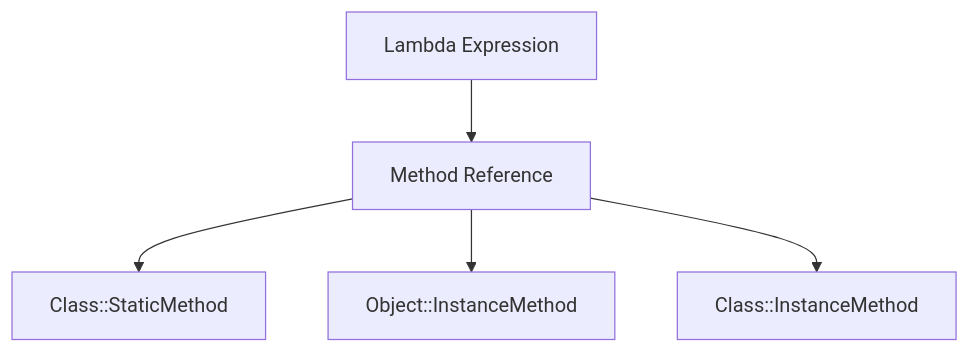
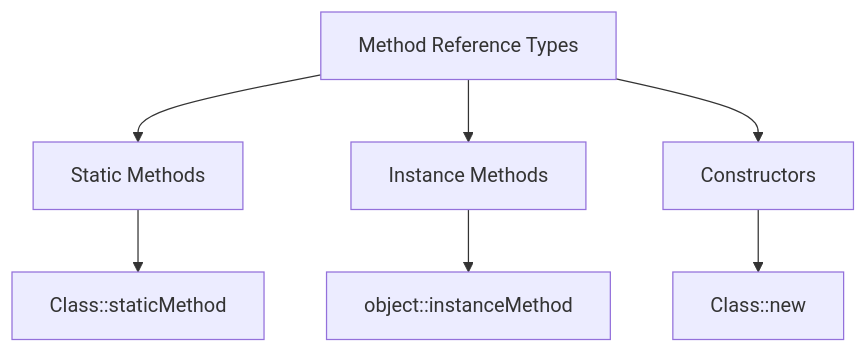
One commit to DanielCreggOrganization/w8-lab-stream-nastaj changed the fourth of 6 diagrams in README.md. Above: the diagram before and after it, drawn with Mermaid. The commit also changed other lines of this file, not shown here.

````diff
--- a/README.md
+++ b/README.md
@@ -157,7 +192,9 @@
 ```mermaid
 graph TD
-    A[Lambda Expression] --> B[Method Reference]
-    B --> C[Class::StaticMethod]
-    B --> D[Object::InstanceMethod]
-    B --> E[Class::InstanceMethod]
+    A[Method Reference Types] --> B[Static Methods]
+    A --> C[Instance Methods]
+    A --> D[Constructors]
+    B --> E[Class::staticMethod]
+    C --> F[object::instanceMethod]
+    D --> G[Class::new]
 ```
````
